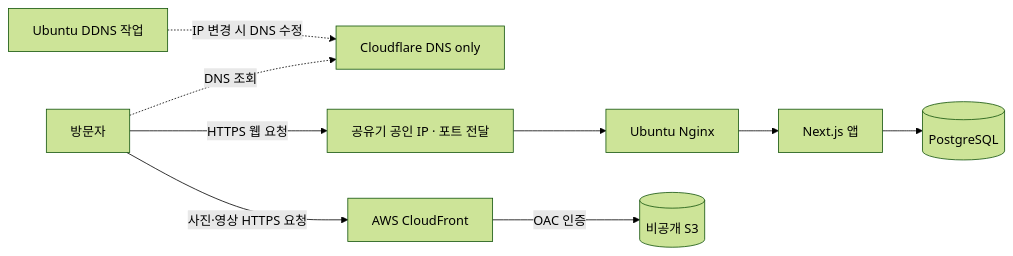
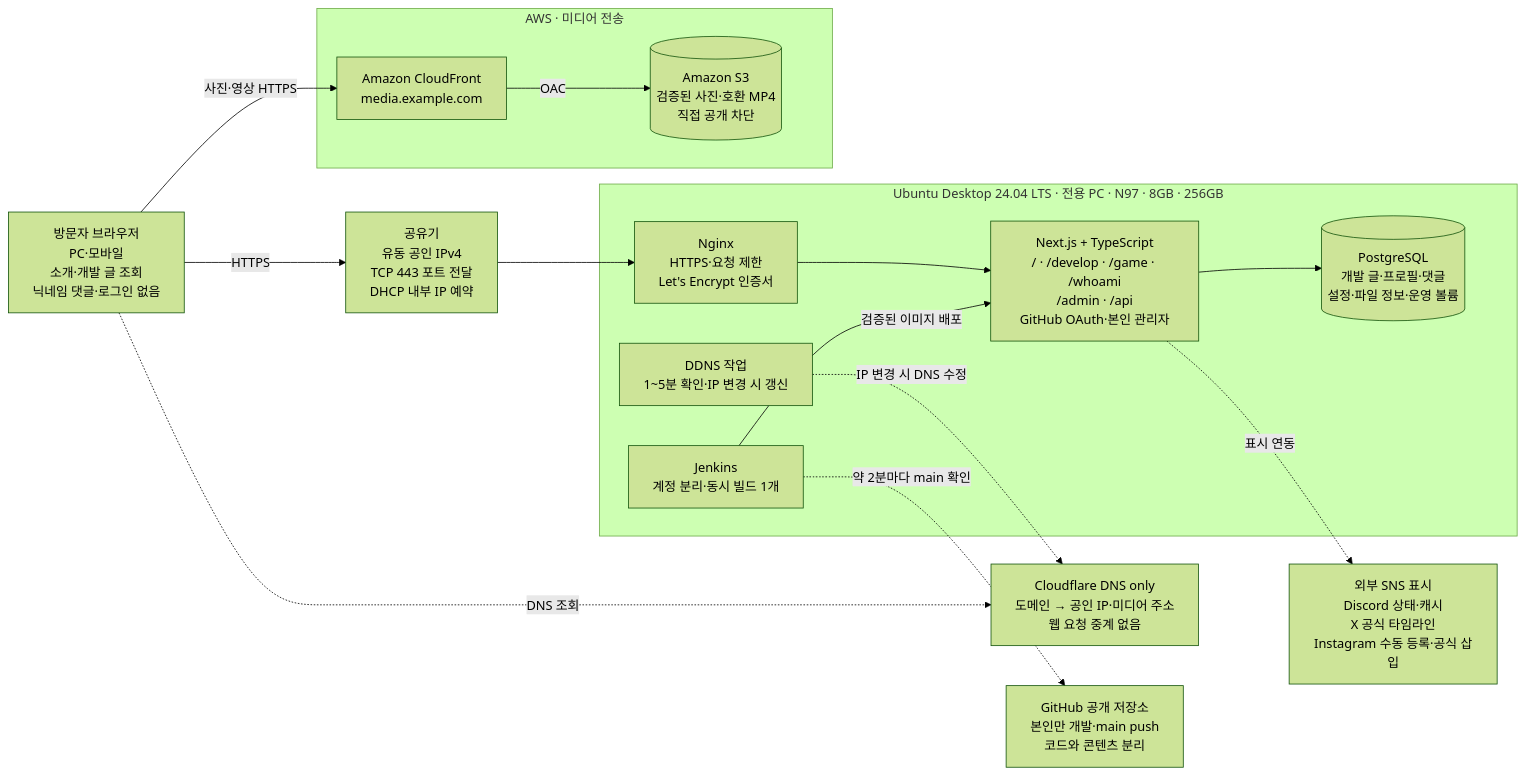
One commit to Undery33/Introduce_Page changed the first of 3 diagrams in README.md. Above: the diagram before and after it, drawn with Mermaid (forest theme). The commit also changed other lines of this file and 2 other files, not shown here.

````diff
--- a/README.md
+++ b/README.md
@@ -137,11 +835,26 @@
 ```mermaid
 flowchart LR
-    U[방문자] -. DNS 조회 .-> D[Cloudflare DNS only]
-    U -->|HTTPS 웹 요청| R[공유기 공인 IP · 포트 전달]
-    R --> N[Ubuntu Nginx]
-    N --> A[Next.js 앱]
-    A --> P[(PostgreSQL)]
-    U -->|사진·영상 HTTPS 요청| C[AWS CloudFront]
-    C -->|OAC 인증| S[(비공개 S3)]
-    J[Ubuntu DDNS 작업] -. IP 변경 시 DNS 수정 .-> D
+    U[방문자 브라우저<br/>PC·모바일<br/>소개·개발 글 조회<br/>닉네임 댓글·로그인 없음]
+    DNS[Cloudflare DNS only<br/>도메인 → 공인 IP·미디어 주소<br/>웹 요청 중계 없음]
+    R[공유기<br/>유동 공인 IPv4<br/>TCP 443 포트 전달<br/>DHCP 내부 IP 예약]
+    G[GitHub 공개 저장소<br/>본인만 개발·main push<br/>코드와 콘텐츠 분리]
+    subgraph PC[Ubuntu Desktop 24.04 LTS · 전용 PC · N97 · 8GB · 256GB]
+        N[Nginx<br/>HTTPS·요청 제한<br/>Let's Encrypt 인증서]
+        APP[Next.js + TypeScript<br/>/ · /develop · /game · /whoami<br/>/admin · /api<br/>GitHub OAuth·본인 관리자]
+        DB[(PostgreSQL<br/>개발 글·프로필·댓글<br/>설정·파일 정보·운영 볼륨)]
+        DDNS[DDNS 작업<br/>1~5분 확인·IP 변경 시 갱신]
+        J[Jenkins<br/>계정 분리·동시 빌드 1개]
+    end
+    subgraph AWS[AWS · 미디어 전송]
+        CF[Amazon CloudFront<br/>media.example.com]
+        S3[(Amazon S3<br/>검증된 사진·호환 MP4<br/>직접 공개 차단)]
+    end
+    SNS[외부 SNS 표시<br/>Discord 상태·캐시<br/>X 공식 타임라인<br/>Instagram 수동 등록·공식 삽입]
+    U -. DNS 조회 .-> DNS
+    U -->|HTTPS| R --> N --> APP --> DB
+    U -->|사진·영상 HTTPS| CF -->|OAC| S3
+    DDNS -. IP 변경 시 DNS 수정 .-> DNS
+    J -. 약 2분마다 main 확인 .-> G
+    J -->|검증된 이미지 배포| APP
+    APP -. 표시 연동 .-> SNS
 ```
````
